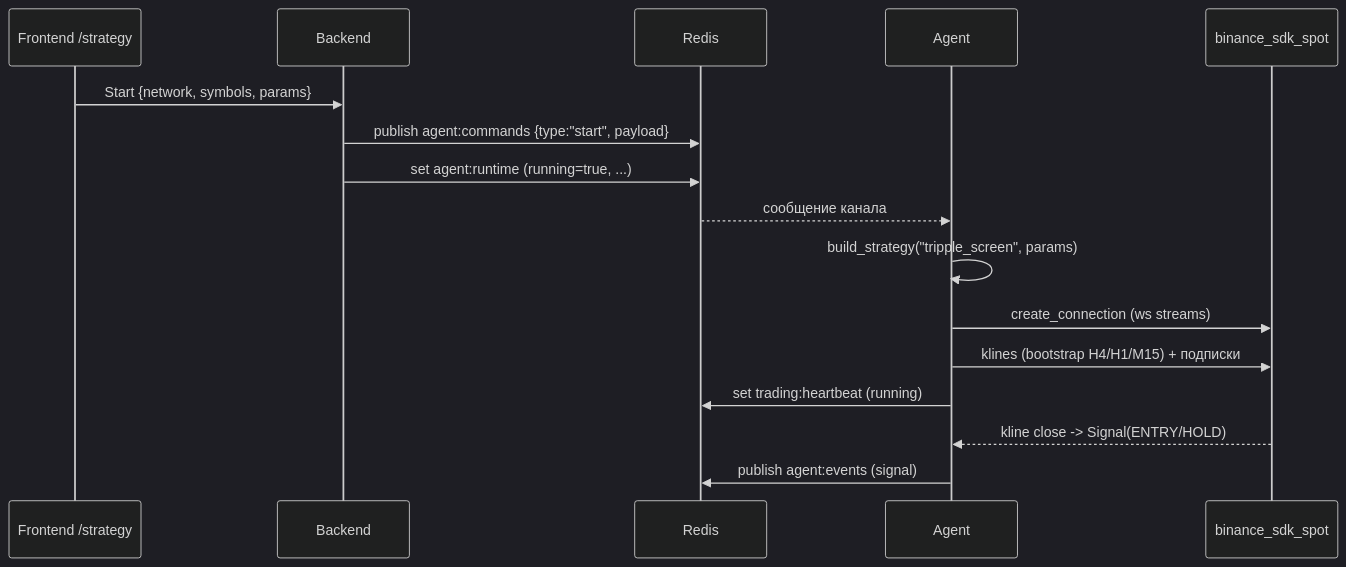
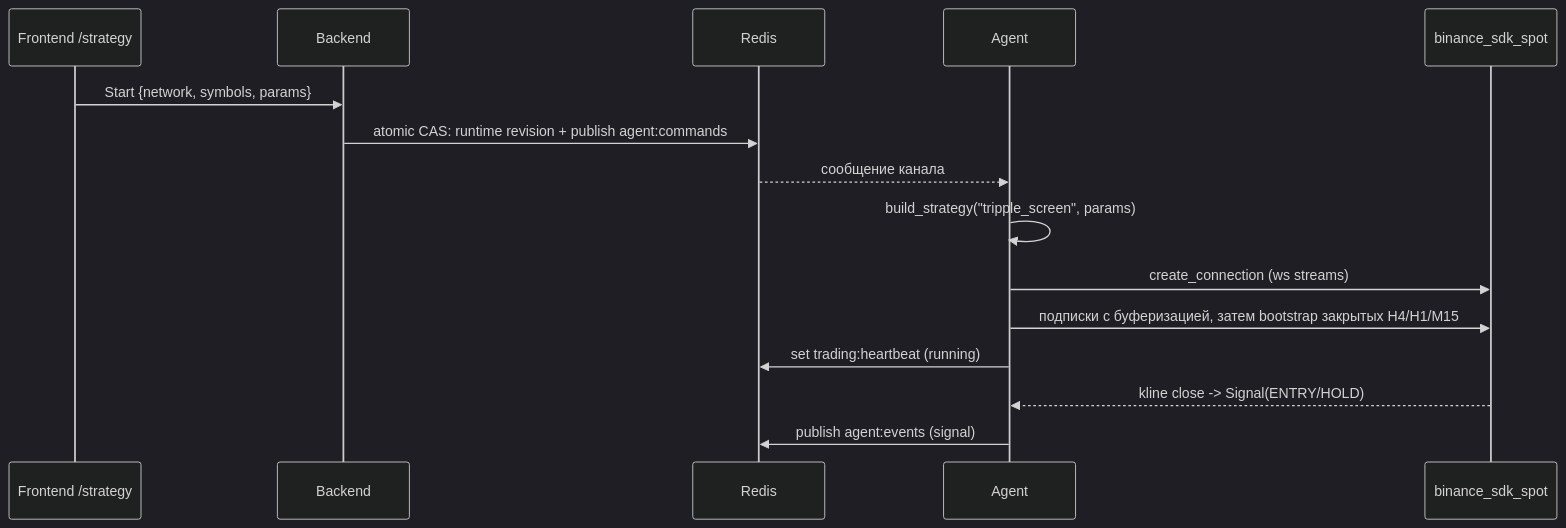
The diagram in DESIGN.md (astrix-z/MentisTradingAgent), drawn with Mermaid (dark theme) before and after one commit. The commit also changed other lines of this file and 28 other files, not shown here.

````diff
--- a/DESIGN.md
+++ b/DESIGN.md
@@ -66,18 +68,17 @@
 ```mermaid
 sequenceDiagram
     participant UI as Frontend /strategy
     participant BE as Backend
     participant R as Redis
     participant AG as Agent
     participant EX as binance_sdk_spot
     UI->>BE: Start {network, symbols, params}
-    BE->>R: publish agent:commands {type:"start", payload}
-    BE->>R: set agent:runtime (running=true, ...)
+    BE->>R: atomic CAS: runtime revision + publish agent:commands
     R-->>AG: сообщение канала
     AG->>AG: build_strategy("tripple_screen", params)
     AG->>EX: create_connection (ws streams)
-    AG->>EX: klines (bootstrap H4/H1/M15) + подписки
+    AG->>EX: подписки с буферизацией, затем bootstrap закрытых H4/H1/M15
     AG->>R: set trading:heartbeat (running)
     EX-->>AG: kline close -> Signal(ENTRY/HOLD)
     AG->>R: publish agent:events (signal)
 ```
````
